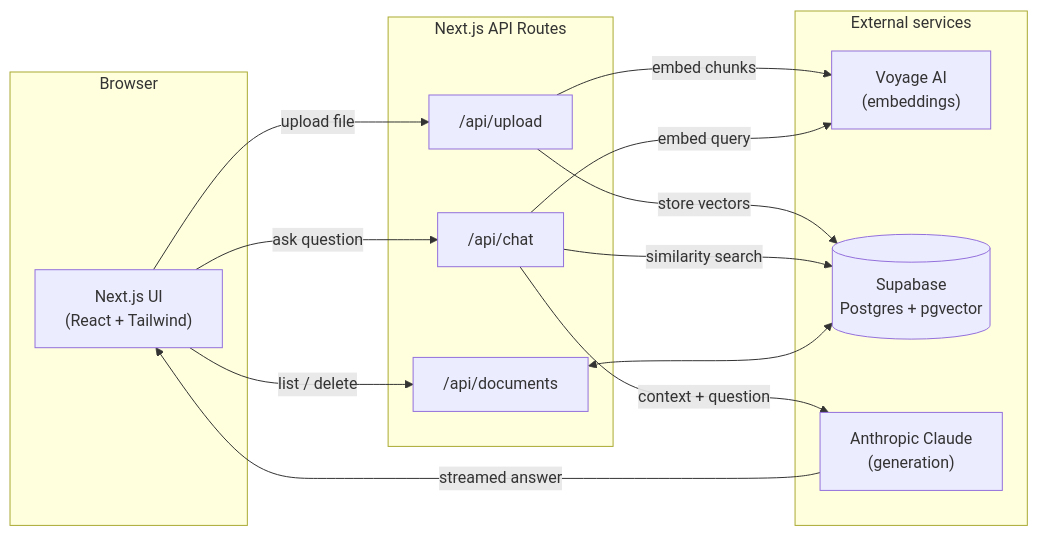
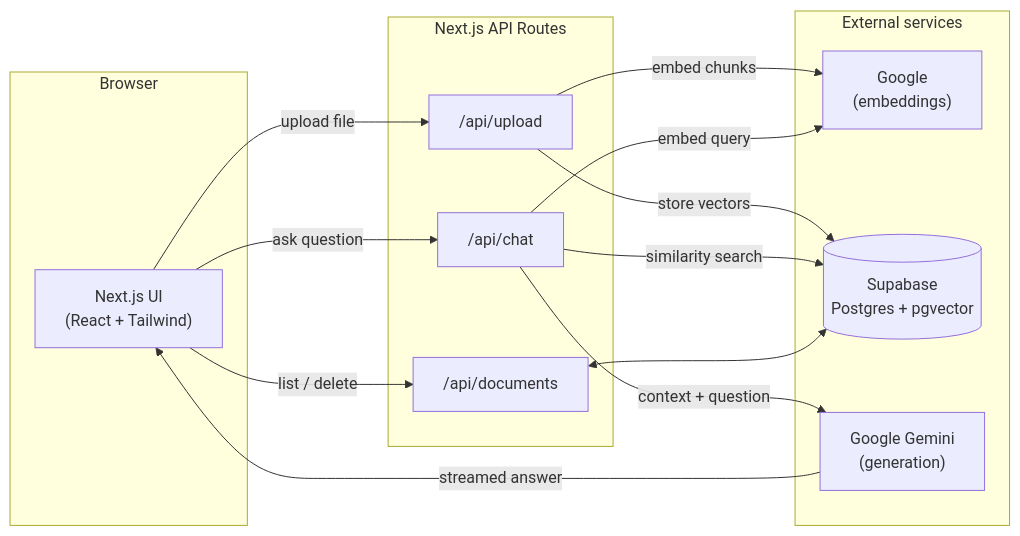
One commit to prem-maradiya/ai-chatbot-for-document changed the first of 2 diagrams in README.md. Above: the diagram before and after it, drawn with Mermaid. The commit also changed other lines of this file and 9 other files, not shown here.

Commit message:
Switch to Google Gemini for generation + embeddings (single free API key); drop Anthropic and Voyage

````diff
--- a/README.md
+++ b/README.md
@@ -46,32 +46,32 @@
 ```mermaid
 flowchart LR
     subgraph Client["Browser"]
         UI["Next.js UI<br/>(React + Tailwind)"]
     end
 
     subgraph Server["Next.js API Routes"]
         UP["/api/upload"]
         CH["/api/chat"]
         DOC["/api/documents"]
     end
 
     subgraph External["External services"]
-        VOY["Voyage AI<br/>(embeddings)"]
+        EMB["Google<br/>(embeddings)"]
         DB[("Supabase<br/>Postgres + pgvector")]
-        LLM["Anthropic Claude<br/>(generation)"]
+        LLM["Google Gemini<br/>(generation)"]
     end
 
     UI -- "upload file" --> UP
     UI -- "ask question" --> CH
     UI -- "list / delete" --> DOC
 
-    UP -- "embed chunks" --> VOY
+    UP -- "embed chunks" --> EMB
     UP -- "store vectors" --> DB
 
-    CH -- "embed query" --> VOY
+    CH -- "embed query" --> EMB
     CH -- "similarity search" --> DB
     CH -- "context + question" --> LLM
     LLM -- "streamed answer" --> UI
 
     DOC <--> DB
 ```
````
